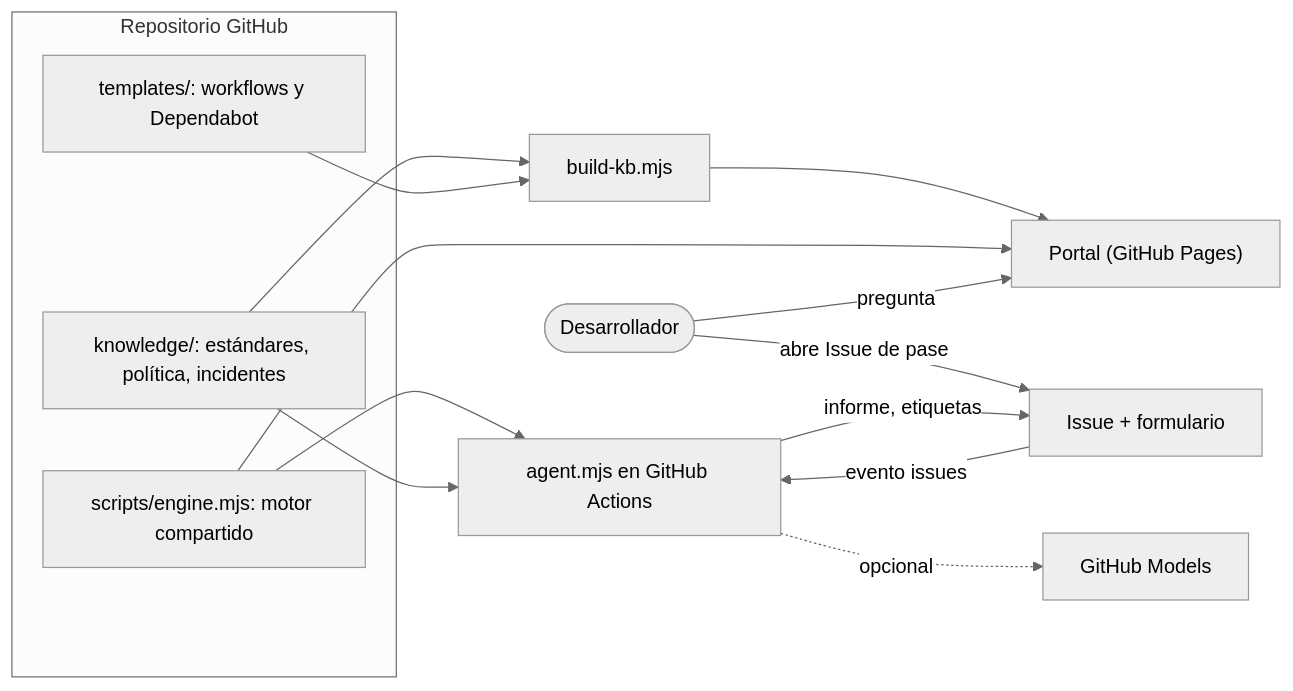
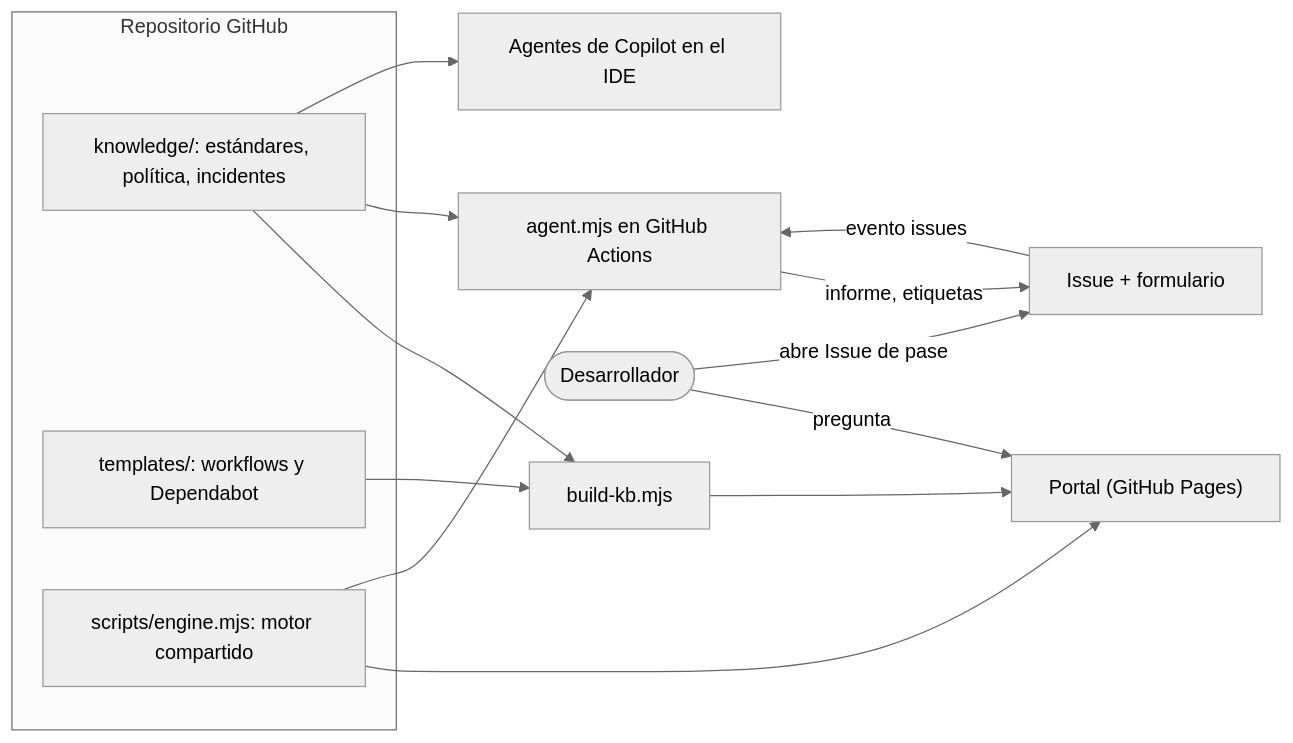
Before and after one commit to luicasallasdevops/Propuesta_hackaton_2026: the first of 2 diagrams in documentacion/02-arquitectura.md, drawn with Mermaid (neutral theme). The commit also changed other lines of this file and 7 other files, not shown here.

First line of the commit message:
refactor(agente): retirar la llamada a GitHub Models, que ya no existe

````diff
--- a/documentacion/02-arquitectura.md
+++ b/documentacion/02-arquitectura.md
@@ -4,18 +4,18 @@
 ```mermaid
 flowchart LR
   subgraph Repo["Repositorio GitHub"]
     K["knowledge/: estándares, política, incidentes"]
     T["templates/: workflows y Dependabot"]
     E["scripts/engine.mjs: motor compartido"]
   end
   K --> B["build-kb.mjs"] --> P["Portal (GitHub Pages)"]
   T --> B
   E --> P
   E --> A["agent.mjs en GitHub Actions"]
   K --> A
   U1(["Desarrollador"]) -->|pregunta| P
   U1 -->|abre Issue de pase| I["Issue + formulario"]
   I -->|evento issues| A
   A -->|informe, etiquetas| I
-  A -.->|opcional| M["GitHub Models"]
+  K --> C["Agentes de Copilot en el IDE"]
 ```
````
